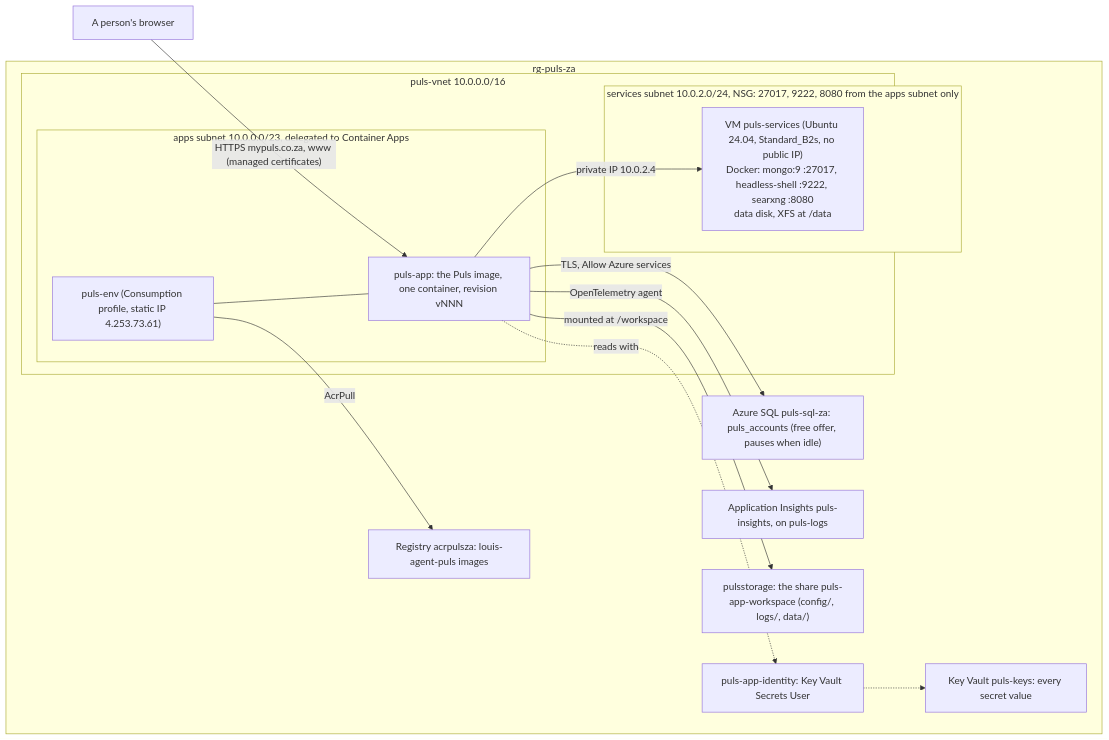
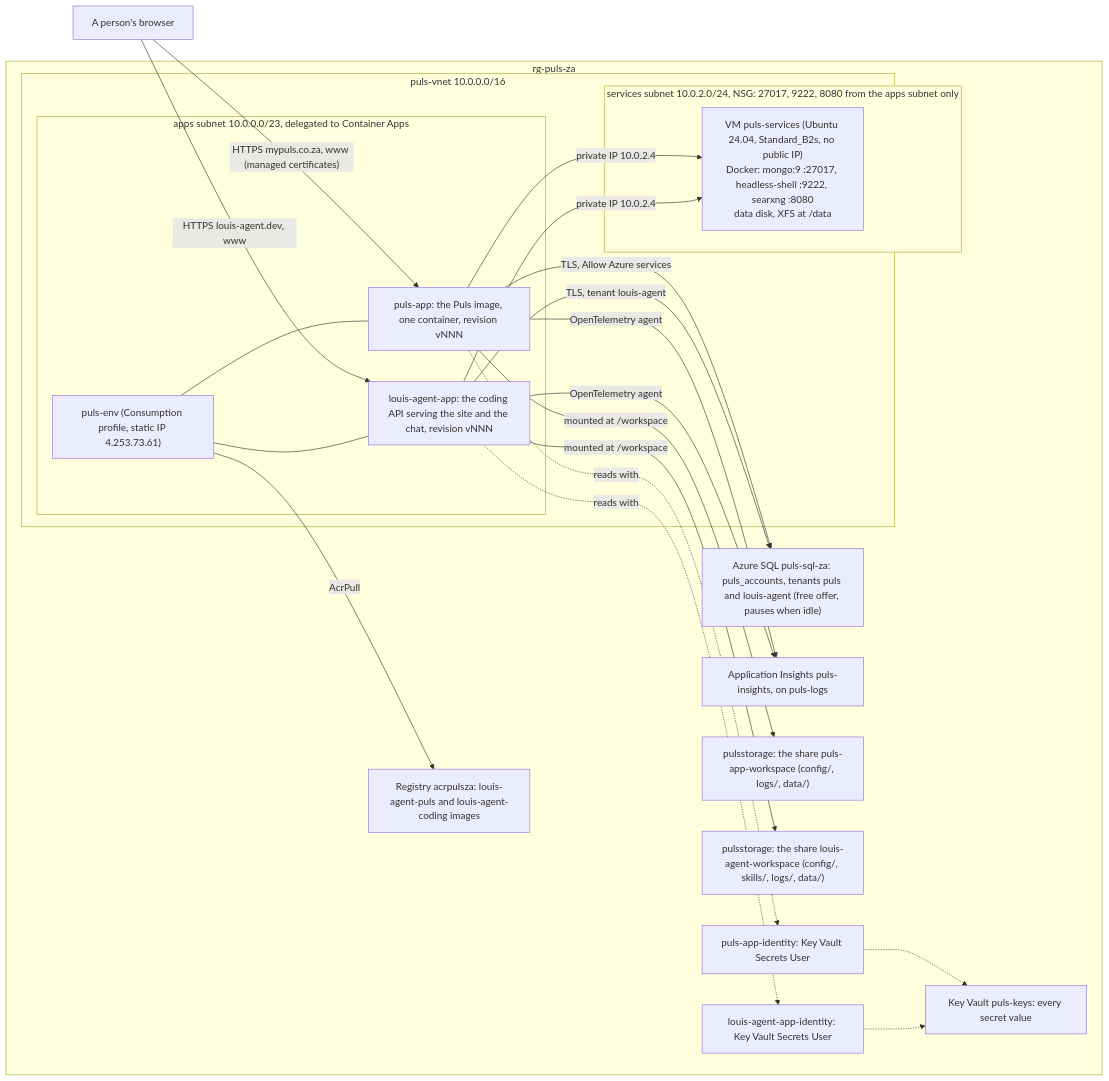
Before and after one commit to bosbevk/louis-agent: the first of 4 diagrams in demos/puls/deploy/azure/ARCHITECTURE.md, drawn with Mermaid. The commit also changed other lines of this file and 10 other files, not shown here.

````diff
--- a/demos/puls/deploy/azure/ARCHITECTURE.md
+++ b/demos/puls/deploy/azure/ARCHITECTURE.md
@@ -14,29 +15,40 @@
 ```mermaid
 flowchart LR
     person["A person's browser"] -->|"HTTPS mypuls.co.za, www (managed certificates)"| app
+    person -->|"HTTPS louis-agent.dev, www"| app2
     subgraph rg["rg-puls-za"]
         subgraph vnet["puls-vnet 10.0.0.0/16"]
             subgraph apps["apps subnet 10.0.0.0/23, delegated to Container Apps"]
                 env["puls-env (Consumption profile, static IP 4.253.73.61)"]
                 app["puls-app: the Puls image, one container, revision vNNN"]
+                app2["louis-agent-app: the coding API serving the site and the chat, revision vNNN"]
                 env --- app
+                env --- app2
             end
             subgraph services["services subnet 10.0.2.0/24, NSG: 27017, 9222, 8080 from the apps subnet only"]
                 vm["VM puls-services (Ubuntu 24.04, Standard_B2s, no public IP)\nDocker: mongo:9 :27017, headless-shell :9222, searxng :8080\ndata disk, XFS at /data"]
             end
         end
-        sql["Azure SQL puls-sql-za: puls_accounts (free offer, pauses when idle)"]
+        sql["Azure SQL puls-sql-za: puls_accounts, tenants puls and louis-agent (free offer, pauses when idle)"]
         vault["Key Vault puls-keys: every secret value"]
         identity["puls-app-identity: Key Vault Secrets User"]
+        identity2["louis-agent-app-identity: Key Vault Secrets User"]
         insights["Application Insights puls-insights, on puls-logs"]
-        registry["Registry acrpulsza: louis-agent-puls images"]
+        registry["Registry acrpulsza: louis-agent-puls and louis-agent-coding images"]
         share["pulsstorage: the share puls-app-workspace (config/, logs/, data/)"]
+        share2["pulsstorage: the share louis-agent-workspace (config/, skills/, logs/, data/)"]
     end
     app -->|"private IP 10.0.2.4"| vm
     app -->|"TLS, Allow Azure services"| sql
     app -.->|"reads with"| identity
     identity -.-> vault
     app -->|"OpenTelemetry agent"| insights
     env -->|"AcrPull"| registry
     app -->|"mounted at /workspace"| share
+    app2 -->|"private IP 10.0.2.4"| vm
+    app2 -->|"TLS, tenant louis-agent"| sql
+    app2 -.->|"reads with"| identity2
+    identity2 -.-> vault
+    app2 -->|"OpenTelemetry agent"| insights
+    app2 -->|"mounted at /workspace"| share2
 ```
````
